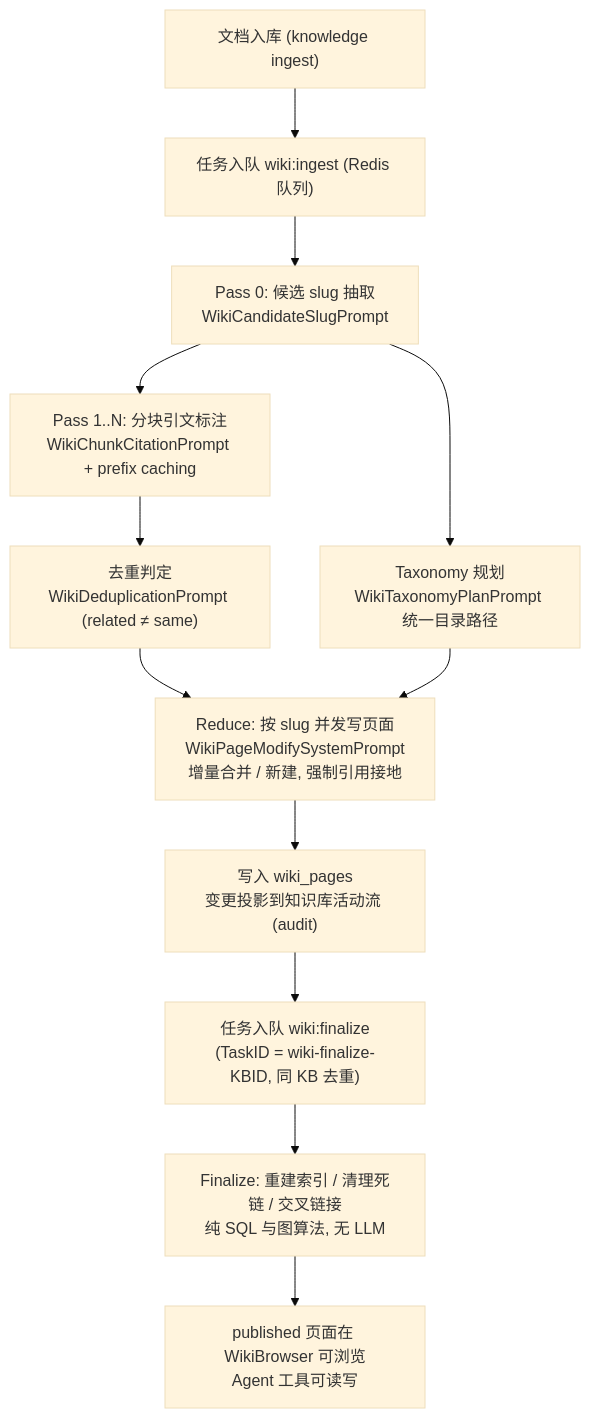
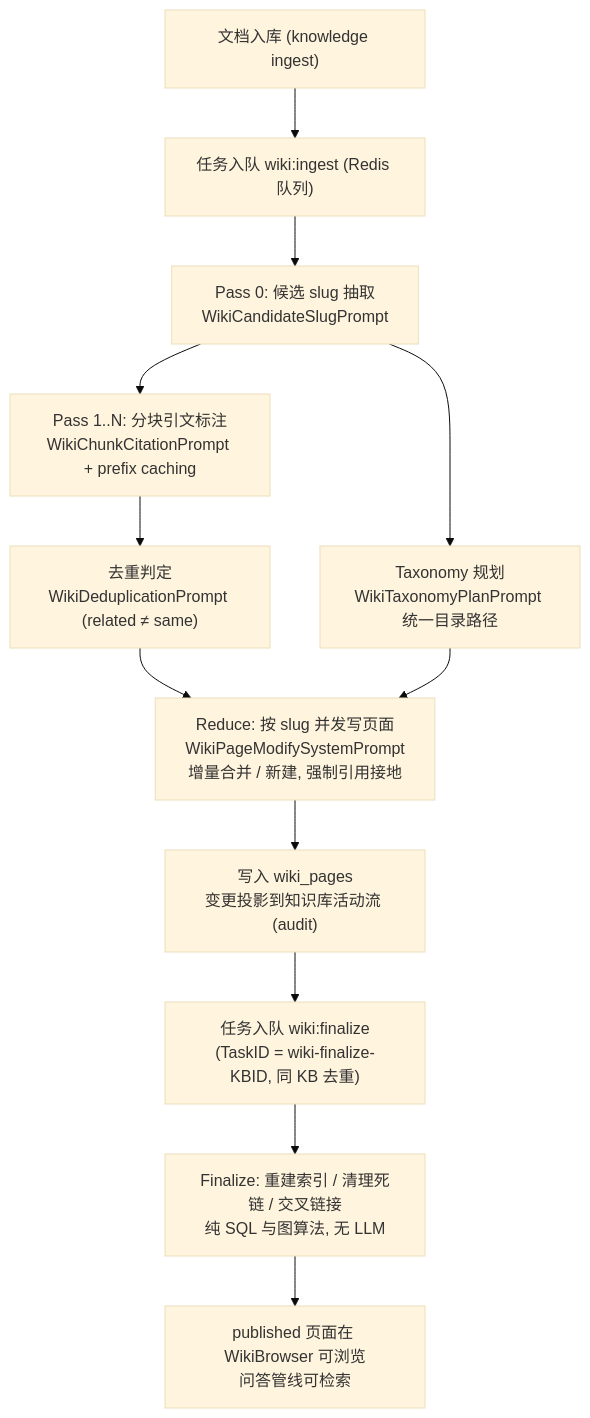
One commit to magicyuan876/Yuheng changed the diagram in website-docs/03-features/14-wiki.md. Above: the diagram before and after it, drawn with Mermaid (base theme). The commit also changed other lines of this file and 994 other files, not shown here.

````diff
--- a/website-docs/03-features/14-wiki.md
+++ b/website-docs/03-features/14-wiki.md
@@ -105,14 +105,14 @@
 ```mermaid
 flowchart TD
     A["文档入库 (knowledge ingest)"] --> B["任务入队 wiki:ingest (Redis 队列)"]
     B --> C["Pass 0: 候选 slug 抽取<br/>WikiCandidateSlugPrompt"]
     C --> D["Taxonomy 规划<br/>WikiTaxonomyPlanPrompt 统一目录路径"]
     C --> E["Pass 1..N: 分块引文标注<br/>WikiChunkCitationPrompt + prefix caching"]
     E --> F["去重判定<br/>WikiDeduplicationPrompt (related ≠ same)"]
     F --> G["Reduce: 按 slug 并发写页面<br/>WikiPageModifySystemPrompt<br/>增量合并 / 新建, 强制引用接地"]
     D --> G
     G --> H["写入 wiki_pages<br/>变更投影到知识库活动流 (audit)"]
     H --> I["任务入队 wiki:finalize<br/>(TaskID = wiki-finalize-KBID, 同 KB 去重)"]
     I --> J["Finalize: 重建索引 / 清理死链 / 交叉链接<br/>纯 SQL 与图算法, 无 LLM"]
-    J --> K["published 页面在 WikiBrowser 可浏览<br/>Agent 工具可读写"]
+    J --> K["published 页面在 WikiBrowser 可浏览<br/>问答管线可检索"]
 ```
````
